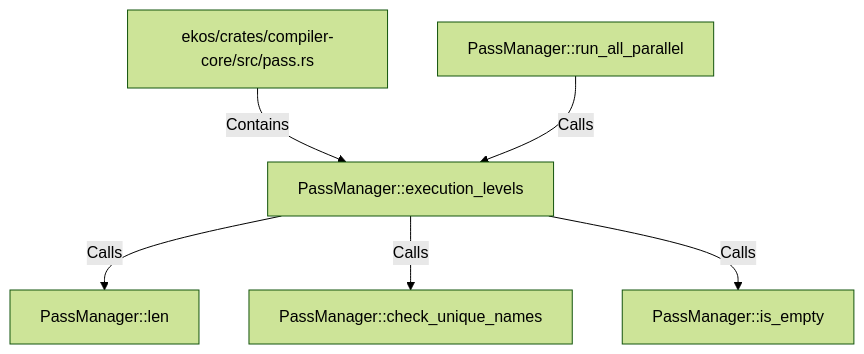
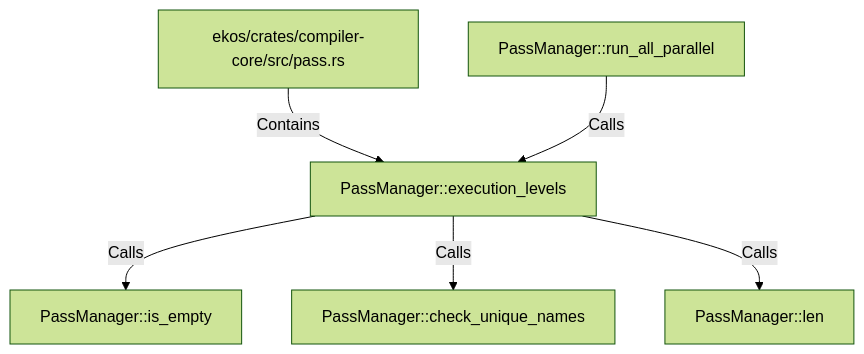
Before and after one commit to alexeyban/EKOS: the diagram in doc/entities/rustsymbol/pa/passmanager-execution-levels.md, drawn with Mermaid (forest theme). The commit also changed other lines of this file and 552 other files, not shown here.

````diff
--- a/doc/entities/rustsymbol/pa/passmanager-execution-levels.md
+++ b/doc/entities/rustsymbol/pa/passmanager-execution-levels.md
@@ -24,14 +24,14 @@
 ```mermaid
 graph TD
     n5b7ff059a0b154d791b16fd5a3bbfe85["PassManager::execution_levels"]
     n5189d0a23e2b529eadbf3984a77be404["ekos/crates/compiler-core/src/pass.rs"]
     n5189d0a23e2b529eadbf3984a77be404 -->|Contains| n5b7ff059a0b154d791b16fd5a3bbfe85
+    n35af390358195ec3939611a8a343a41c["PassManager::is_empty"]
+    n5b7ff059a0b154d791b16fd5a3bbfe85 -->|Calls| n35af390358195ec3939611a8a343a41c
+    n523e017fa17a520e925d295f0abfb465["PassManager::check_unique_names"]
+    n5b7ff059a0b154d791b16fd5a3bbfe85 -->|Calls| n523e017fa17a520e925d295f0abfb465
     n621f7d1a9bff502d9e321f7cbefd68e8["PassManager::len"]
     n5b7ff059a0b154d791b16fd5a3bbfe85 -->|Calls| n621f7d1a9bff502d9e321f7cbefd68e8
-    n523e017fa17a520e925d295f0abfb465["PassManager::check_unique_names"]
-    n5b7ff059a0b154d791b16fd5a3bbfe85 -->|Calls| n523e017fa17a520e925d295f0abfb465
-    n35af390358195ec3939611a8a343a41c["PassManager::is_empty"]
-    n5b7ff059a0b154d791b16fd5a3bbfe85 -->|Calls| n35af390358195ec3939611a8a343a41c
     nf64251fc07c75863b0060419e9c2f655["PassManager::run_all_parallel"]
     nf64251fc07c75863b0060419e9c2f655 -->|Calls| n5b7ff059a0b154d791b16fd5a3bbfe85
 ```
````
